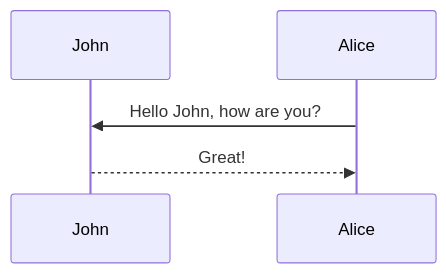
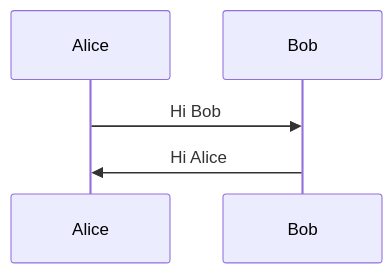
The second of 17 diagrams in docs/sequenceDiagram.md (mermaid-js/mermaid), drawn with Mermaid before and after one commit. The commit also changed other lines of this file and 10 other files, not shown here.

````diff
--- a/docs/sequenceDiagram.md
+++ b/docs/sequenceDiagram.md
@@ -45,7 +45,7 @@
 ```mermaid
-sequenceDiagram
-    participant John
-    participant Alice
-    Alice->>John: Hello John, how are you?
-    John-->>Alice: Great!
+    sequenceDiagram
+        participant Alice
+        participant Bob
+        Alice->>Bob: Hi Bob
+        Bob->>Alice: Hi Alice
 ```
````
